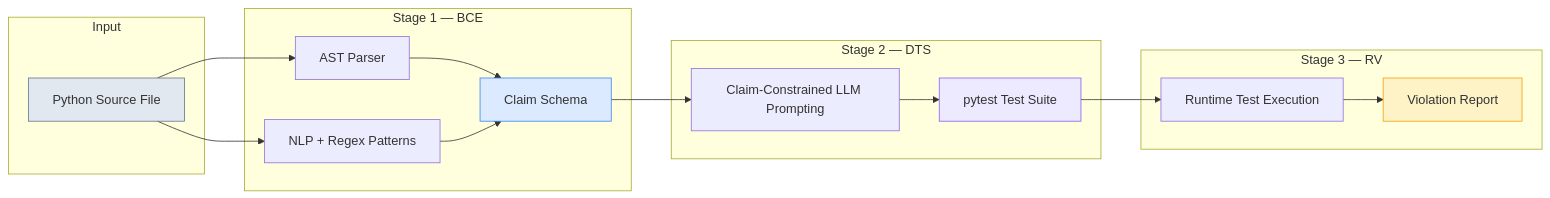
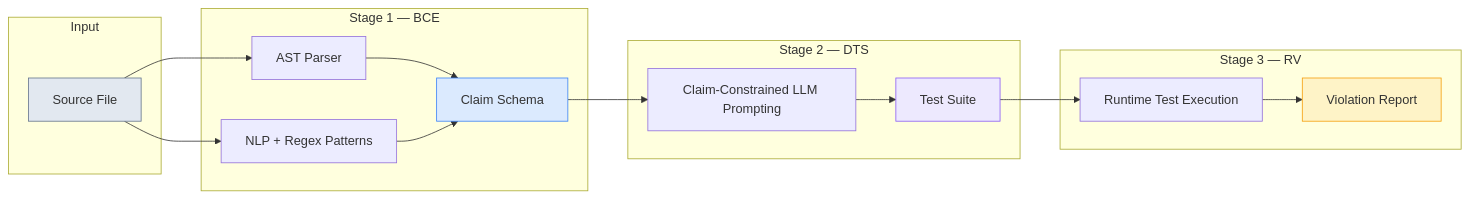
One commit to DineshKumarCLG/LLM-Docstrings changed the first of 2 diagrams in README.md. Above: the diagram before and after it, drawn with Mermaid. The commit also changed other lines of this file, not shown here.

````diff
--- a/README.md
+++ b/README.md
@@ -40,36 +76,36 @@
 ```mermaid
 flowchart LR
     subgraph Input
-        A[Python Source File]
+        A[Source File]
     end
 
     subgraph "Stage 1 — BCE"
         B[AST Parser]
         C[NLP + Regex Patterns]
         D[Claim Schema]
         B --> D
         C --> D
     end
 
     subgraph "Stage 2 — DTS"
         E[Claim-Constrained LLM Prompting]
-        F[pytest Test Suite]
+        F[Test Suite]
         E --> F
     end
 
     subgraph "Stage 3 — RV"
         G[Runtime Test Execution]
         H[Violation Report]
         G --> H
     end
 
     A --> B
     A --> C
     D --> E
     F --> G
 
     style A fill:#e2e8f0,stroke:#64748b
     style D fill:#dbeafe,stroke:#3b82f6
     style F fill:#ede9fe,stroke:#8b5cf6
     style H fill:#fef3c7,stroke:#f59e0b
 ```
````
